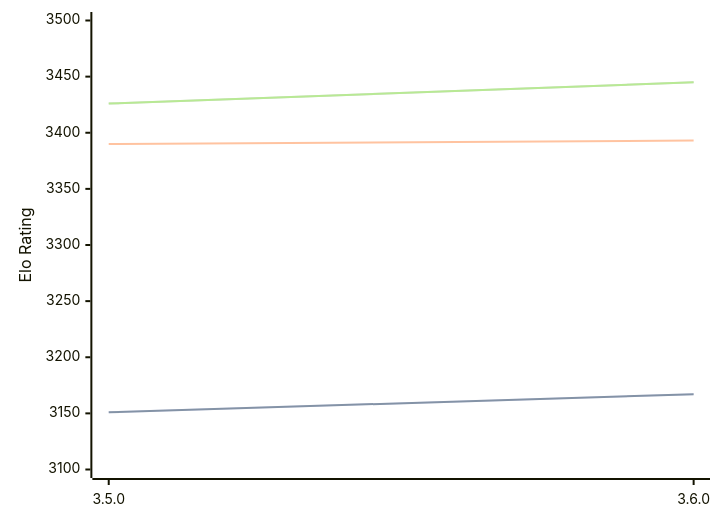
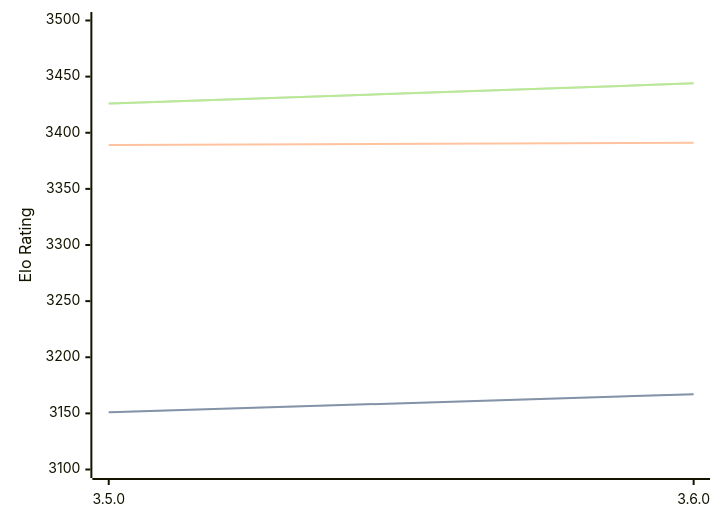
One commit to computer-chess-index/cci changed the third of 3 diagrams in engines/Igel.md. Above: the diagram before and after it, drawn with Mermaid. The commit also changed other lines of this file, not shown here.

Commit message:
Update CCI Ratings (ELO VLTC) - 2026-06-27

````diff
--- a/engines/Igel.md
+++ b/engines/Igel.md
@@ -101,11 +101,11 @@
 ```mermaid
 %%{init: {"theme":"base","themeVariables":{"seriesColors:['#a3a3a3','#222221','#faa371']}}}%%
 xychart-beta
   x-axis ["3.5.0", "3.6.0"]
   y-axis "Elo Rating" 3100 --> 3500
   line "STC (8.0+0.08s)" [3151, 3167]
   line "STC (8.0+0.08s)" [3151, 3167]
-  line "LTC (60.0+0.60s)" [3390, 3393]
-  line "VLTC (2m24s+1.12s)" [3426, 3445]
-  line "VLTC (2m24s+1.12s)" [3426, 3445]
+  line "LTC (60.0+0.60s)" [3389, 3391]
+  line "VLTC (2m24s+1.12s)" [3426, 3444]
+  line "VLTC (2m24s+1.12s)" [3426, 3444]
 ```
````
